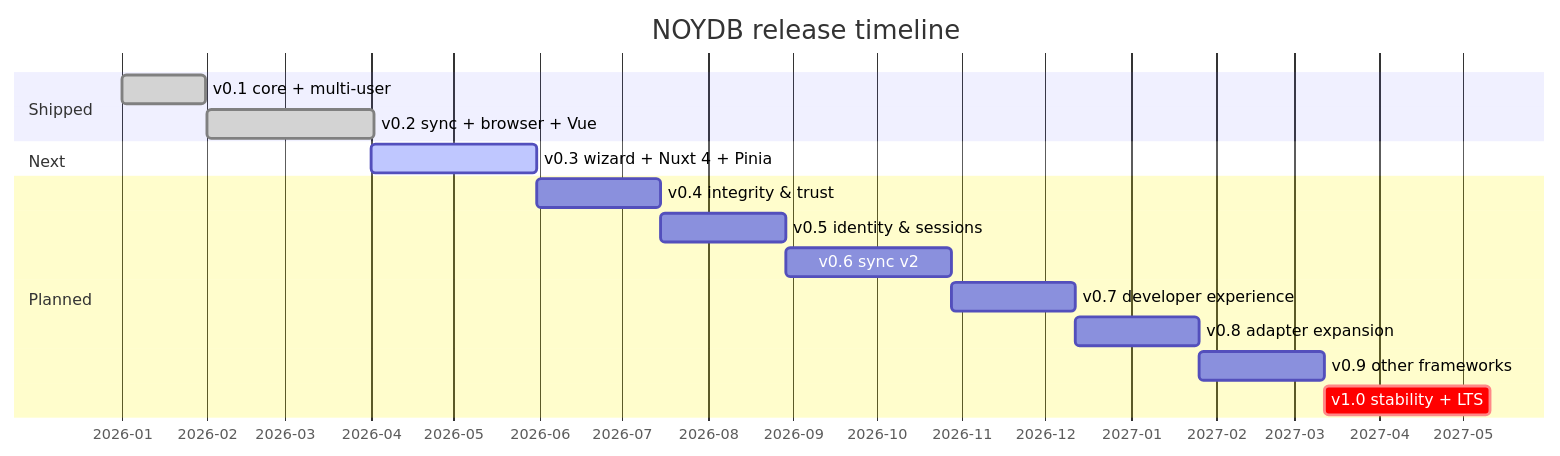
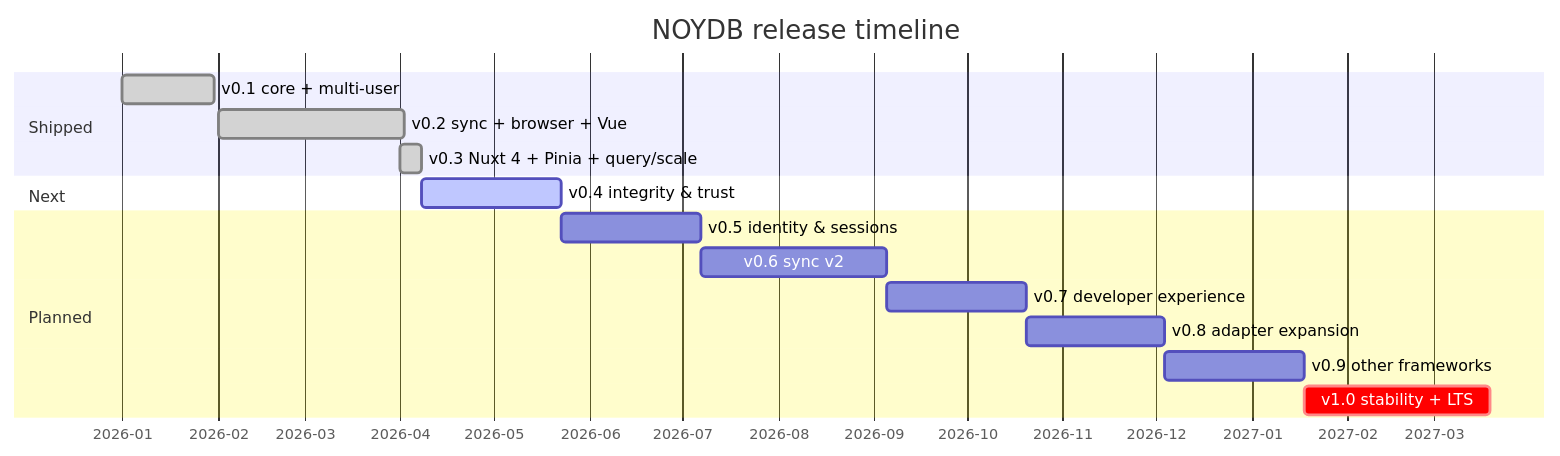
One commit to vLannaAi/noy-db changed the diagram in ROADMAP.md. Above: the diagram before and after it, drawn with Mermaid. The commit also changed other lines of this file and 22 other files, not shown here.

First line of the commit message:
release: v0.3.0 — Pinia-first DX + query & scale

````diff
--- a/ROADMAP.md
+++ b/ROADMAP.md
@@ -38,19 +38,19 @@
 ```mermaid
 gantt
     title NOYDB release timeline
     dateFormat YYYY-MM
     axisFormat %Y-%m
     section Shipped
     v0.1 core + multi-user           :done,    v01, 2026-01, 30d
     v0.2 sync + browser + Vue        :done,    v02, 2026-02, 60d
+    v0.3 Nuxt 4 + Pinia + query/scale :done,   v03, 2026-04, 7d
     section Next
-    v0.3 wizard + Nuxt 4 + Pinia     :active,  v03, 2026-04, 60d
+    v0.4 integrity & trust           :active,  v04, after v03, 45d
     section Planned
-    v0.4 integrity & trust           :         v04, after v03, 45d
     v0.5 identity & sessions         :         v05, after v04, 45d
     v0.6 sync v2                     :         v06, after v05, 60d
     v0.7 developer experience        :         v07, after v06, 45d
     v0.8 adapter expansion           :         v08, after v07, 45d
     v0.9 other frameworks            :         v09, after v08, 45d
     v1.0 stability + LTS             :crit,    v10, after v09, 60d
 ```
````
